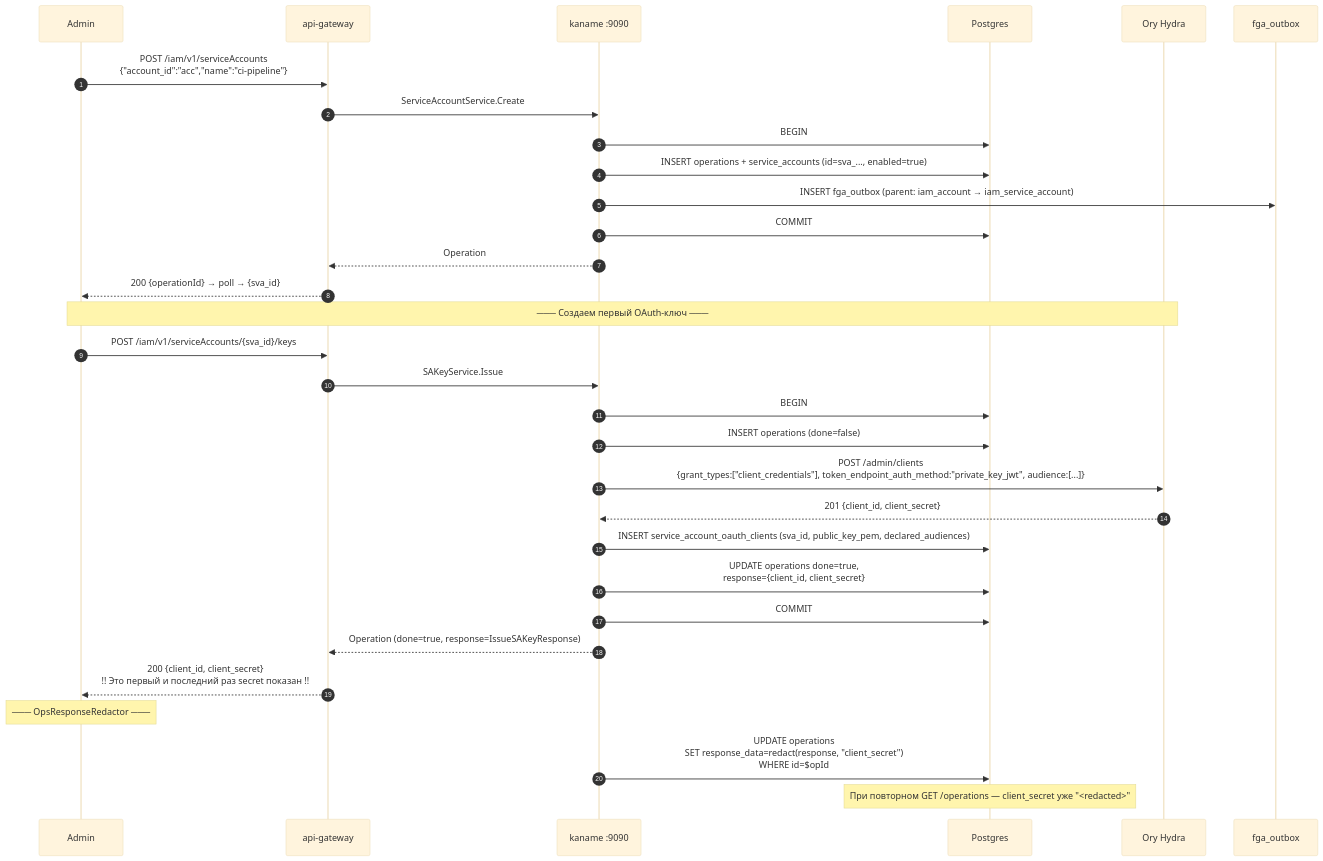
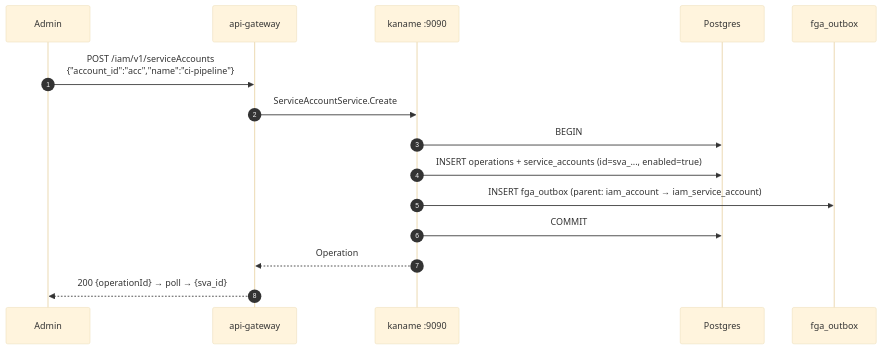
The diagram in docs/engineering/components/04-service-account.md (PRO-Robotech/kaname), drawn with Mermaid (base theme) before and after one commit. The commit also changed other lines of this file and 1 other file, not shown here.

````diff
--- a/docs/engineering/components/04-service-account.md
+++ b/docs/engineering/components/04-service-account.md
@@ -54,36 +56,18 @@
 ```mermaid
 sequenceDiagram
     autonumber
     participant Admin
     participant GW as api-gateway
     participant IAM as kaname :9090
     participant DB as Postgres
-    participant Hydra as Ory Hydra
     participant Out as fga_outbox
 
     Admin->>GW: POST /iam/v1/serviceAccounts<br/>{"account_id":"acc","name":"ci-pipeline"}
     GW->>IAM: ServiceAccountService.Create
     IAM->>DB: BEGIN
     IAM->>DB: INSERT operations + service_accounts (id=sva_..., enabled=true)
     IAM->>Out: INSERT fga_outbox (parent: iam_account → iam_service_account)
     IAM->>DB: COMMIT
     IAM-->>GW: Operation
     GW-->>Admin: 200 {operationId} → poll → {sva_id}
-
-    Note over Admin,Hydra: ─── Создаем первый OAuth-ключ ───
-    Admin->>GW: POST /iam/v1/serviceAccounts/{sva_id}/keys
-    GW->>IAM: SAKeyService.Issue
-    IAM->>DB: BEGIN
-    IAM->>DB: INSERT operations (done=false)
-    IAM->>Hydra: POST /admin/clients<br/>{grant_types:["client_credentials"], token_endpoint_auth_method:"private_key_jwt", audience:[...]}
-    Hydra-->>IAM: 201 {client_id, client_secret}
-    IAM->>DB: INSERT service_account_oauth_clients (sva_id, public_key_pem, declared_audiences)
-    IAM->>DB: UPDATE operations done=true,<br/>response={client_id, client_secret}
-    IAM->>DB: COMMIT
-    IAM-->>GW: Operation (done=true, response=IssueSAKeyResponse)
-    GW-->>Admin: 200 {client_id, client_secret}<br/>!! Это первый и последний раз secret показан !!
-
-    Note over Admin: ─── OpsResponseRedactor ───
-    IAM->>DB: UPDATE operations<br/>SET response_data=redact(response, "client_secret")<br/>WHERE id=$opId
-    Note over DB: При повторном GET /operations — client_secret уже "<redacted>"
 ```
````
